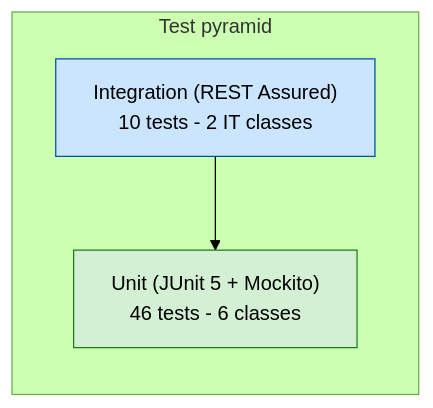
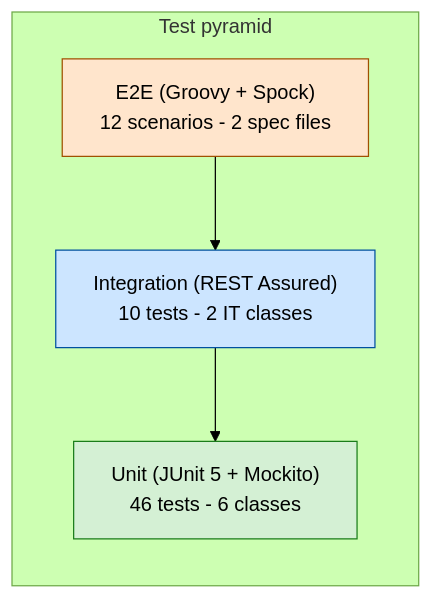
One commit to tsiupa/gen-ai-software-engineering changed the diagram in homework-2/TESTING_GUIDE.md. Above: the diagram before and after it, drawn with Mermaid (forest theme). The commit also changed other lines of this file and 1 other file, not shown here.

````diff
--- a/homework-2/TESTING_GUIDE.md
+++ b/homework-2/TESTING_GUIDE.md
@@ -10,14 +10,18 @@
 ```mermaid
 flowchart TB
     subgraph Pyr["Test pyramid"]
         direction TB
+        E2E["E2E (Groovy + Spock)<br/>12 scenarios - 2 spec files"]
         IT["Integration (REST Assured)<br/>10 tests - 2 IT classes"]
         Unit["Unit (JUnit 5 + Mockito)<br/>46 tests - 6 classes"]
     end
+    E2E --> IT
     IT --> Unit
 
+    classDef e2eStyle fill:#ffe5cc,stroke:#a05000
     classDef itStyle fill:#cce5ff,stroke:#0050a0
     classDef unitStyle fill:#d4f0d4,stroke:#1a7d1a
+    class E2E e2eStyle
     class IT itStyle
     class Unit unitStyle
 ```
````
